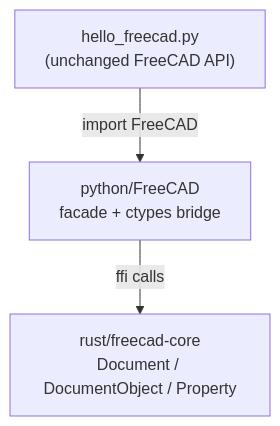
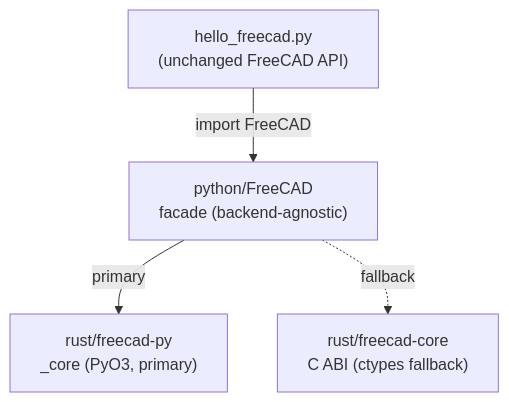
The diagram in README.md (ferrocad/ferrocad), drawn with Mermaid before and after one commit. The commit also changed other lines of this file and 7 other files, not shown here.

First line of the commit message:
M1: replace the ctypes bridge with PyO3 bindings

````diff
--- a/README.md
+++ b/README.md
@@ -13,8 +17,10 @@
 ```mermaid
 flowchart TD
     S["hello_freecad.py<br/>(unchanged FreeCAD API)"]
-    M["python/FreeCAD<br/>facade + ctypes bridge"]
-    R["rust/freecad-core<br/>Document / DocumentObject / Property"]
+    M["python/FreeCAD<br/>facade (backend-agnostic)"]
+    P["rust/freecad-py<br/>_core (PyO3, primary)"]
+    C["rust/freecad-core<br/>C ABI (ctypes fallback)"]
     S -->|"import FreeCAD"| M
-    M -->|"ffi calls"| R
+    M -->|"primary"| P
+    M -.->|"fallback"| C
 ```
````
